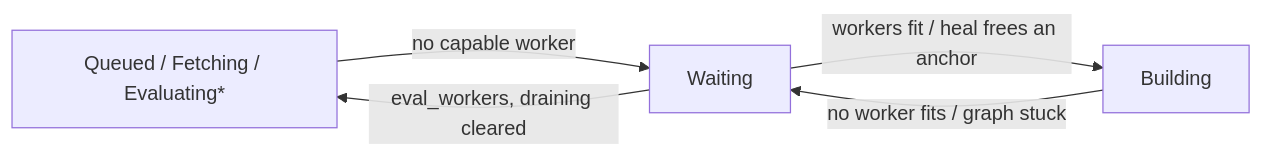
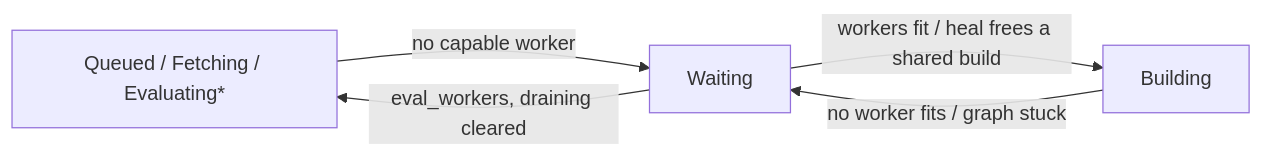
Before and after one commit to wavelens/gradient: the diagram in docs/src/contributors/scheduler/waiting-and-recovery.md, drawn with Mermaid. The commit also changed other lines of this file and 61 other files, not shown here.

````diff
--- a/docs/src/contributors/scheduler/waiting-and-recovery.md
+++ b/docs/src/contributors/scheduler/waiting-and-recovery.md
@@ -5,7 +5,7 @@
 ```mermaid
 flowchart LR
     P[Queued / Fetching / Evaluating*] -- no capable worker --> W[Waiting]
     B[Building] -- no worker fits / graph stuck --> W
     W -- eval_workers, draining cleared --> P
-    W -- workers fit / heal frees an anchor --> B
+    W -- workers fit / heal frees a shared build --> B
 ```
````
